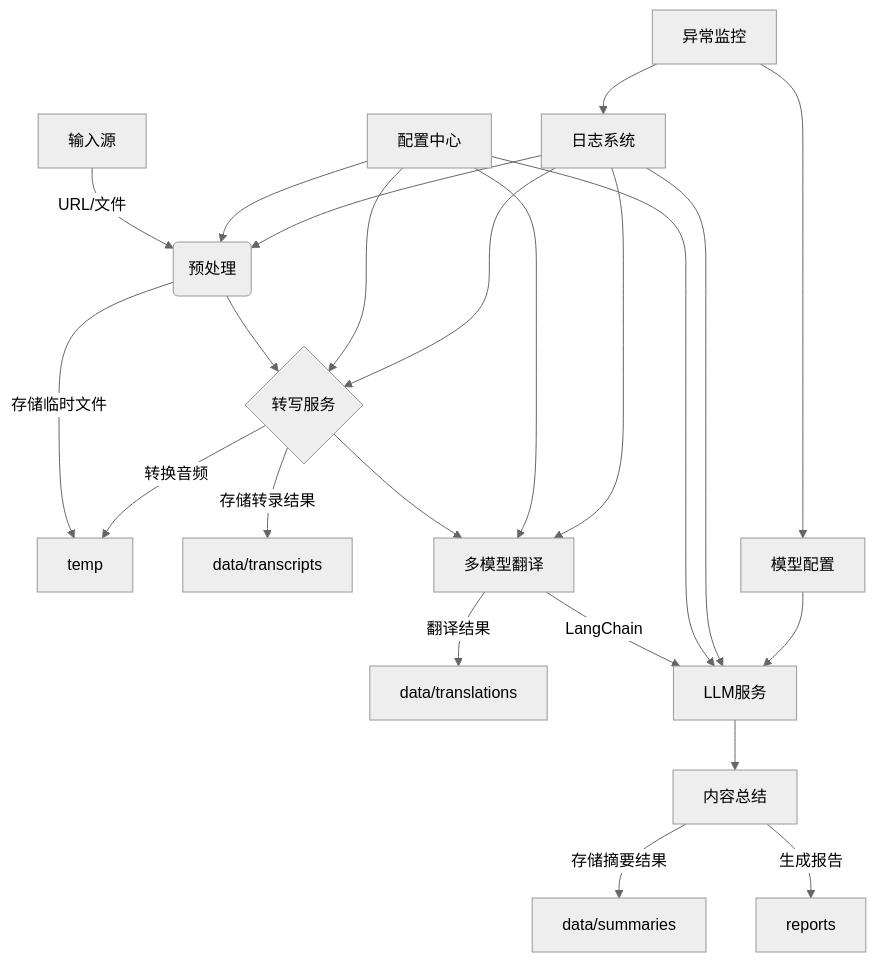
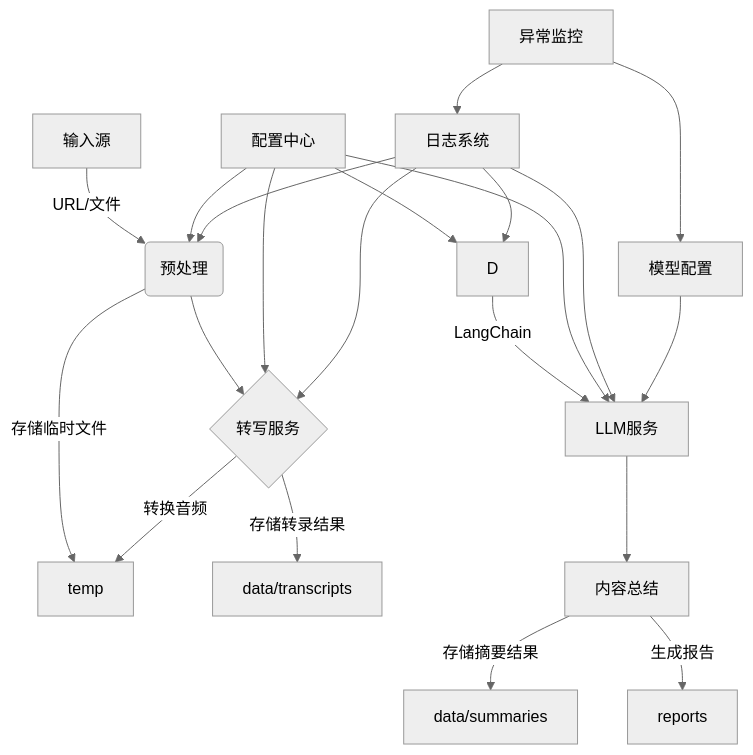
One commit to zysno1/translation-agent changed the first of 2 diagrams in program_structure-langchain-v3.md. Above: the diagram before and after it, drawn with Mermaid (neutral theme). The commit also changed other lines of this file and 6 other files, not shown here.

````diff
--- a/program_structure-langchain-v3.md
+++ b/program_structure-langchain-v3.md
@@ -3,25 +66,23 @@
 ```mermaid
 graph TD
     A[输入源] -->|URL/文件| B(预处理)
     B -->|存储临时文件| C1[temp]
     B --> C{转写服务}
     C -->|转换音频| C1
     C -->|存储转录结果| D1[data/transcripts]
-    C --> D[多模型翻译]
-    D -->|翻译结果| D2[data/translations]
     D -->|LangChain| E[LLM服务]
     E --> F[内容总结]
     F -->|存储摘要结果| D3[data/summaries]
     F -->|生成报告| J[reports]
     K[配置中心] --> B
     K --> C
     K --> D
     K --> E
     L[日志系统] --> B
     L --> C
     L --> D
     L --> E
     M[模型配置] --> E
     N[异常监控] --> L
     N --> M
 ```
````
